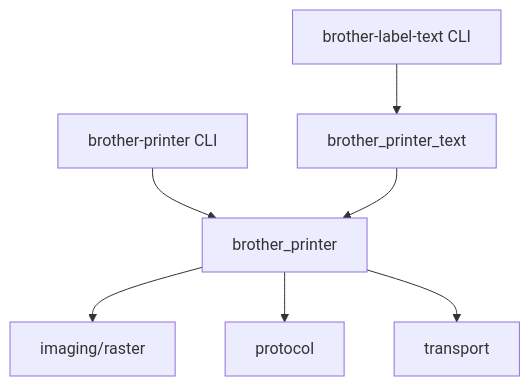
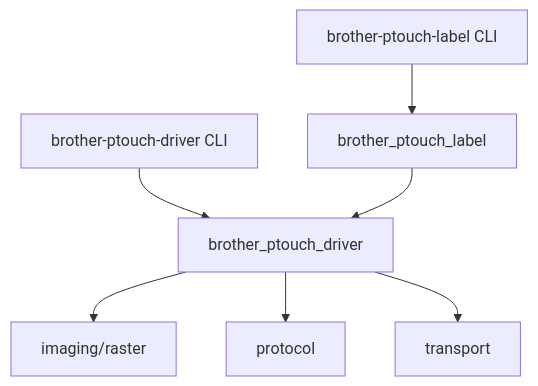
One commit to exoma-ch/brother-printer changed the diagram in docs/adr/0003-driver-text-decoupling.md. Above: the diagram before and after it, drawn with Mermaid. The commit also changed other lines of this file and 145 other files, not shown here.

First line of the commit message:
refactor(workspace)!: rename packages to brother-ptouch-driver and label

````diff
--- a/docs/adr/0003-driver-text-decoupling.md
+++ b/docs/adr/0003-driver-text-decoupling.md
@@ -62,9 +62,9 @@
 ```mermaid
 flowchart TB
-    TextCLI["brother-label-text CLI"] --> TextPkg["brother_printer_text"]
-    CoreCLI["brother-printer CLI"] --> CorePkg["brother_printer"]
-    TextPkg --> CorePkg
-    CorePkg --> Imaging["imaging/raster"]
-    CorePkg --> Protocol["protocol"]
-    CorePkg --> Transport["transport"]
+    TextCLI["brother-ptouch-label CLI"] --> TextPkg["brother_ptouch_label"]
+    DriverCLI["brother-ptouch-driver CLI"] --> DriverPkg["brother_ptouch_driver"]
+    TextPkg --> DriverPkg
+    DriverPkg --> Imaging["imaging/raster"]
+    DriverPkg --> Protocol["protocol"]
+    DriverPkg --> Transport["transport"]
 ```
````
